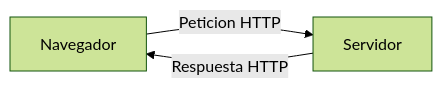
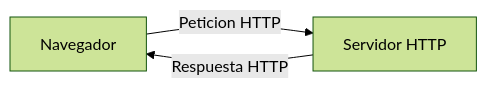
The second of 3 diagrams in content/Pagina4/pag1.es.md (MarioAlbar/PaginaPractica), drawn with Mermaid (forest theme) before and after one commit. The commit also changed other lines of this file and 59 other files, not shown here.

```diff
--- a/content/Pagina4/pag1.es.md
+++ b/content/Pagina4/pag1.es.md
@@ -23,4 +23,4 @@
 {{<mermaid align="center">}}
 graph LR;
-     B[Navegador ] --> |Peticion HTTP| C[Servidor ] -->|Respuesta HTTP| B[Navegador ] 
+     B[Navegador ] --> |Peticion HTTP| C[Servidor HTTP ] -->|Respuesta HTTP| B[Navegador ] 
 {{< /mermaid >}}
```
